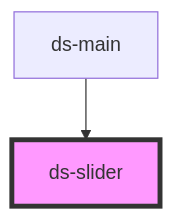
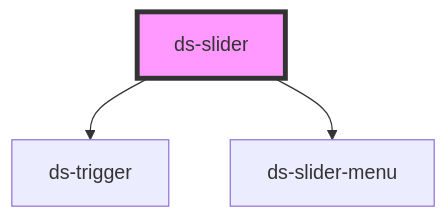
One commit to jezoock/dot-stash changed the diagram in components/core/slider/readme.md. Above: the diagram before and after it, drawn with Mermaid. The commit also changed other lines of this file and 736 other files, not shown here.

````diff
--- a/components/core/slider/readme.md
+++ b/components/core/slider/readme.md
@@ -102,5 +184,6 @@
 ```mermaid
 graph TD;
-  ds-main --> ds-slider
+  ds-slider --> ds-trigger
+  ds-slider --> ds-slider-menu
   style ds-slider fill:#f9f,stroke:#333,stroke-width:4px
 ```
````
